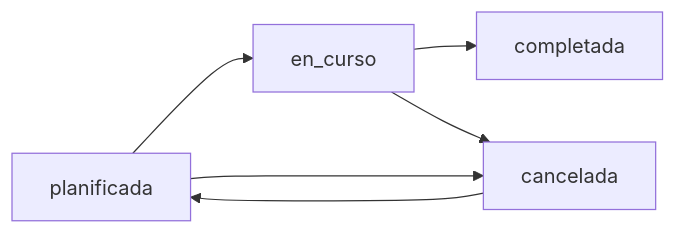
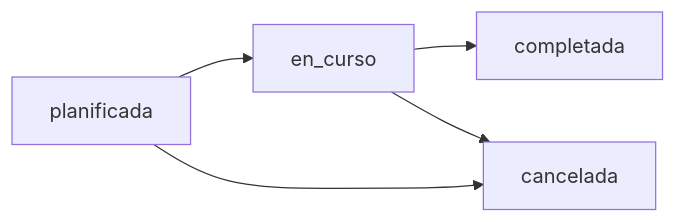
One commit to mg15best/impulsa-lov changed the fourth of 5 diagrams in docs/ESTADOS_TRANSICIONES.md. Above: the diagram before and after it, drawn with Mermaid. The commit also changed other lines of this file and 1 other file, not shown here.

````diff
--- a/docs/ESTADOS_TRANSICIONES.md
+++ b/docs/ESTADOS_TRANSICIONES.md
@@ -194,8 +202,7 @@
 ```mermaid
 graph LR
     A[planificada] --> B[en_curso]
+    A[planificada] --> D[cancelada]
     B --> C[completada]
-    A --> D[cancelada]
     B --> D[cancelada]
-    D --> A[planificada]
 ```
````
